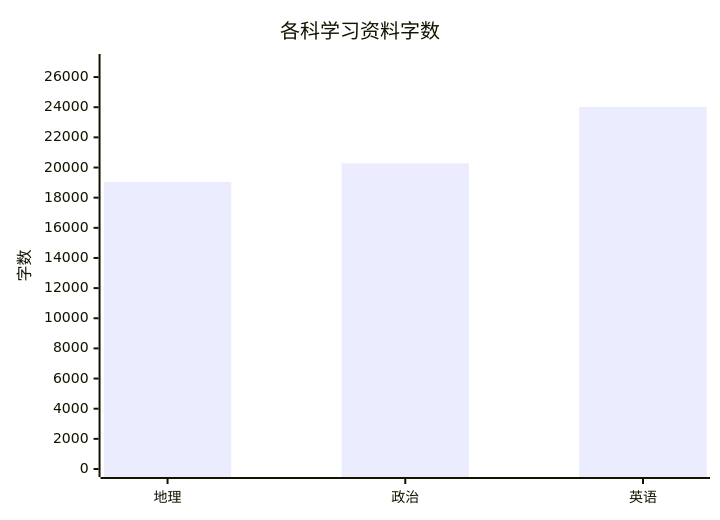
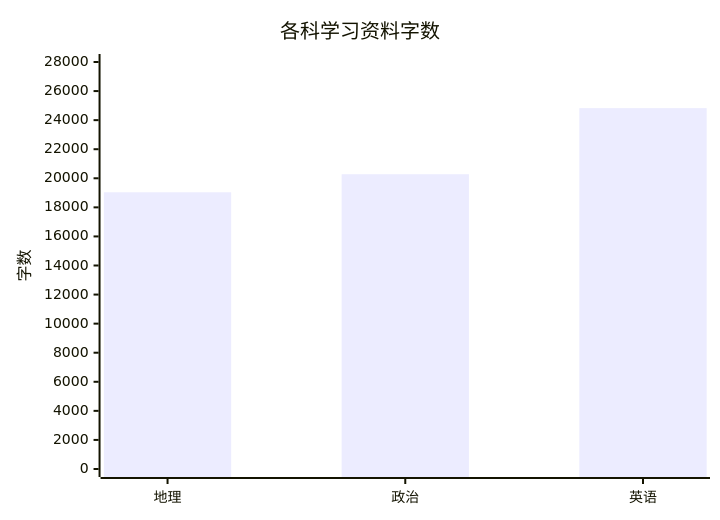
Before and after one commit to zhuchenyu2008/Learning-Library: the first of 3 diagrams in README.md, drawn with Mermaid. The commit also changed other lines of this file, not shown here.

````diff
--- a/README.md
+++ b/README.md
@@ -36,7 +36,7 @@
 ```mermaid
 xychart-beta
     title "各科学习资料字数"
     x-axis ["地理", "政治", "英语"]
-    y-axis "字数" 0 --> 27000
-    bar [19037, 20279, 24020]
+    y-axis "字数" 0 --> 28000
+    bar [19037, 20279, 24828]
 ```
````
